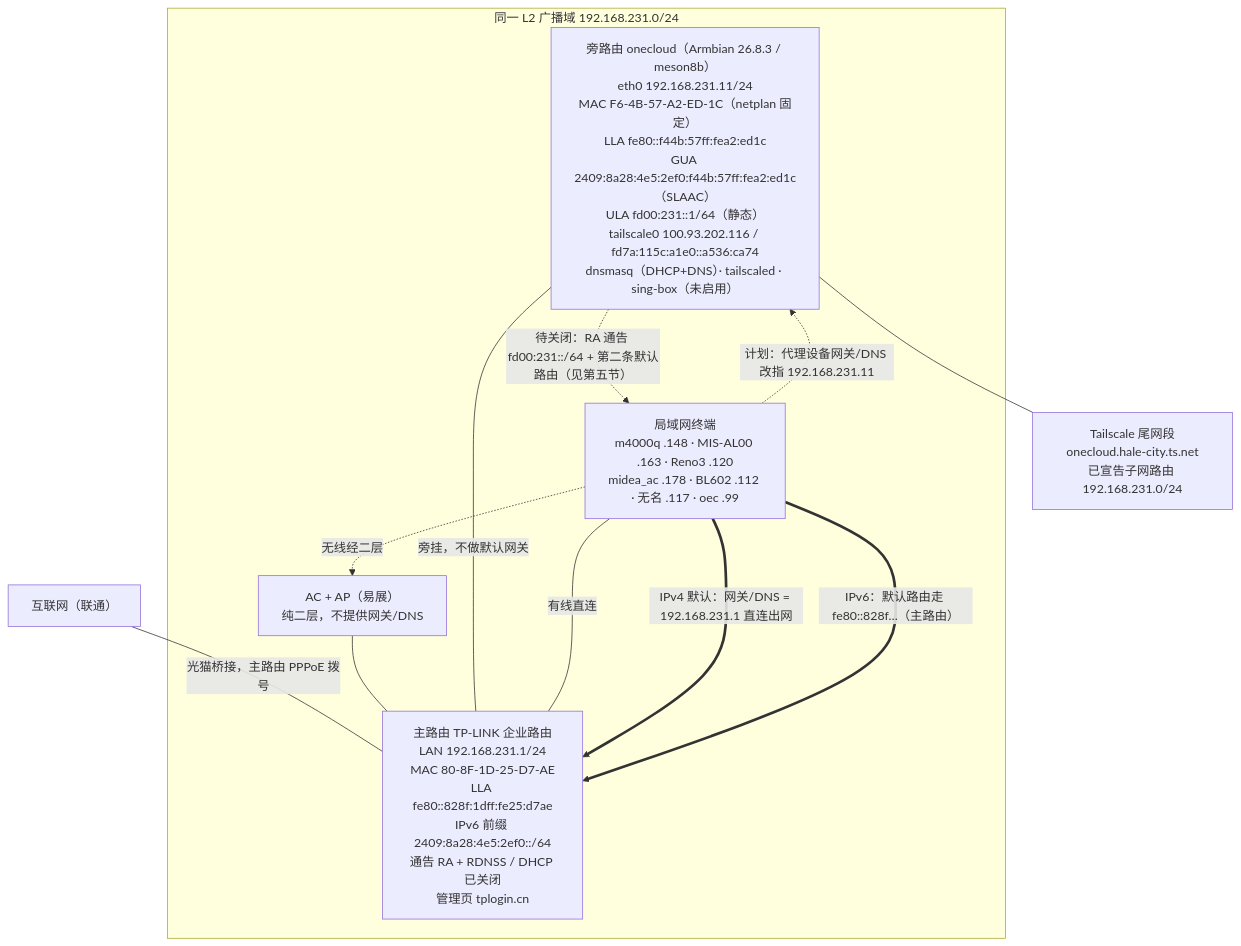
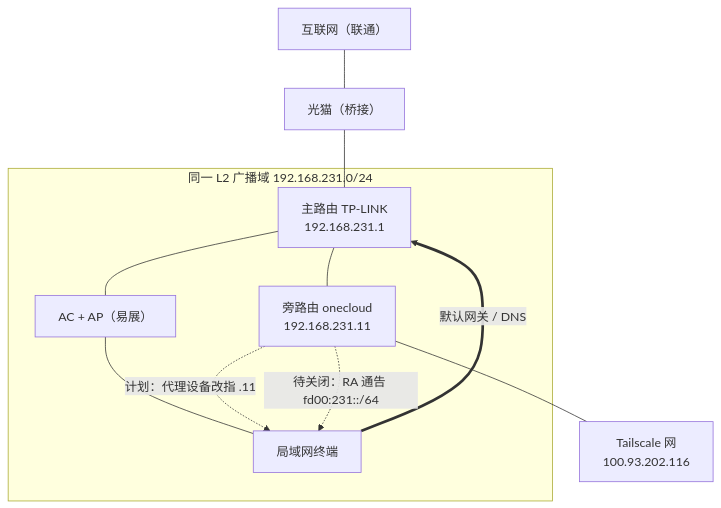
The diagram in AGENTS.md (fbigun/home-231), drawn with Mermaid before and after one commit. The commit also changed other lines of this file, not shown here.

Commit message:
docs: 架构图精简为角色拓扑，明细移入表格
图上只留设备与 IP，MAC/前缀/租约等实测值改为链路关系表和终端在册表，
避免节点内堆信息导致图形不可读。

````diff
--- a/AGENTS.md
+++ b/AGENTS.md
@@ -5,24 +5,22 @@
 ```mermaid
 flowchart TB
     WAN["互联网（联通）"]
+    ONT["光猫（桥接）"]
 
     subgraph L2["同一 L2 广播域 192.168.231.0/24"]
-        MAIN["主路由 TP-LINK 企业路由<br/>LAN 192.168.231.1/24<br/>MAC 80-8F-1D-25-D7-AE<br/>LLA fe80::828f:1dff:fe25:d7ae<br/>IPv6 前缀 2409:8a28:4e5:2ef0::/64<br/>通告 RA + RDNSS / DHCP 已关闭<br/>管理页 tplogin.cn"]
-        AP["AC + AP（易展）<br/>纯二层，不提供网关/DNS"]
-        ONE["旁路由 onecloud（Armbian 26.8.3 / meson8b）<br/>eth0 192.168.231.11/24<br/>MAC F6-4B-57-A2-ED-1C（netplan 固定）<br/>LLA fe80::f44b:57ff:fea2:ed1c<br/>GUA 2409:8a28:4e5:2ef0:f44b:57ff:fea2:ed1c（SLAAC）<br/>ULA fd00:231::1/64（静态）<br/>tailscale0 100.93.202.116 / fd7a:115c:a1e0::a536:ca74<br/>dnsmasq（DHCP+DNS）· tailscaled · sing-box（未启用）"]
-        DEV["局域网终端<br/>m4000q .148 · MIS-AL00 .163 · Reno3 .120<br/>midea_ac .178 · BL602 .112 · 无名 .117 · oec .99"]
+        MAIN["主路由 TP-LINK<br/>192.168.231.1"]
+        AP["AC + AP（易展）"]
+        ONE["旁路由 onecloud<br/>192.168.231.11"]
+        DEV["局域网终端"]
     end
 
-    TS["Tailscale 尾网段<br/>onecloud.hale-city.ts.net<br/>已宣告子网路由 192.168.231.0/24"]
+    TS["Tailscale 网<br/>100.93.202.116"]
 
-    WAN ---|"光猫桥接，主路由 PPPoE 拨号"| MAIN
-    AP --- MAIN
-    ONE ---|"旁挂，不做默认网关"| MAIN
-    DEV ---|"有线直连"| MAIN
-    DEV -.->|"无线经二层"| AP
-    DEV ==>|"IPv4 默认：网关/DNS = 192.168.231.1 直连出网"| MAIN
-    DEV -.->|"计划：代理设备网关/DNS 改指 192.168.231.11"| ONE
-    DEV ==>|"IPv6：默认路由走 fe80::828f…（主路由）"| MAIN
+    WAN --- ONT --- MAIN
+    MAIN --- AP --- DEV
+    MAIN --- ONE
+    DEV ==>|"默认网关 / DNS"| MAIN
     ONE --- TS
-    ONE -.->|"待关闭：RA 通告 fd00:231::/64 + 第二条默认路由（见第五节）"| DEV
+    ONE -.->|"计划：代理设备改指 .11"| DEV
+    ONE -.->|"待关闭：RA 通告 fd00:231::/64"| DEV
 ```
````
